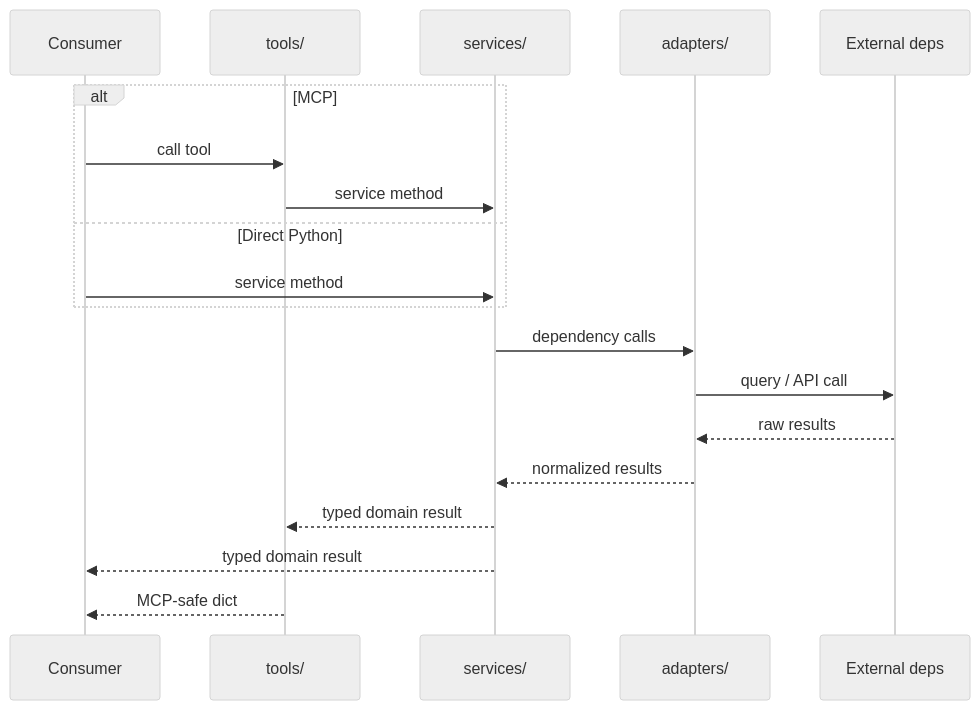
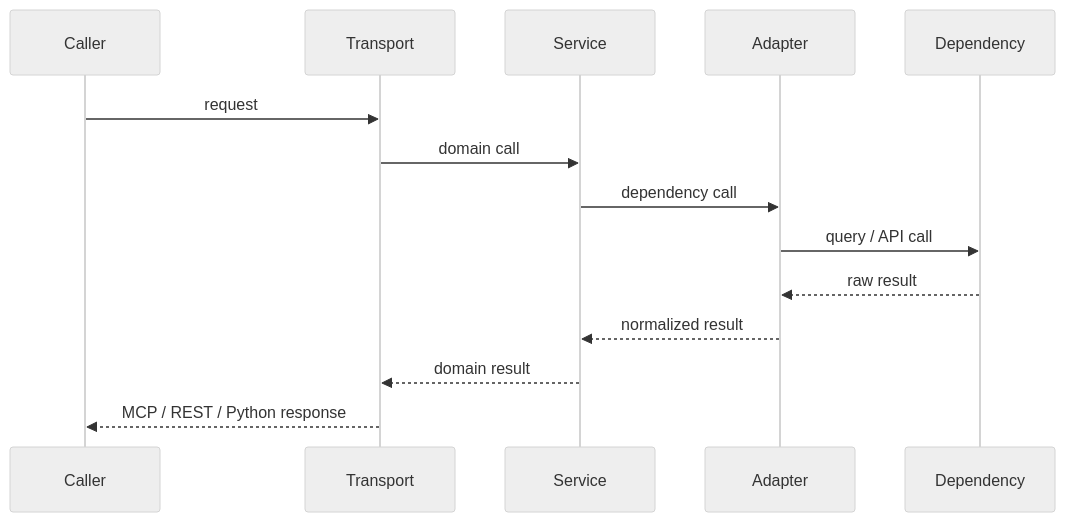
One commit to AustralianCancerDataNetwork/groundworkers changed the second of 2 diagrams in docs/architecture.md. Above: the diagram before and after it, drawn with Mermaid (neutral theme). The commit also changed other lines of this file and 85 other files, not shown here.

````diff
--- a/docs/architecture.md
+++ b/docs/architecture.md
@@ -97,22 +118,17 @@
 ```mermaid
 sequenceDiagram
-    participant C as Consumer
-    participant T as tools/
-    participant S as services/
-    participant A as adapters/
-    participant D as External deps
+    participant C as Caller
+    participant T as Transport
+    participant S as Service
+    participant A as Adapter
+    participant D as Dependency
 
-    alt MCP
-        C->>T: call tool
-        T->>S: service method
-    else Direct Python
-        C->>S: service method
-    end
-    S->>A: dependency calls
+    C->>T: request
+    T->>S: domain call
+    S->>A: dependency call
     A->>D: query / API call
-    D-->>A: raw results
-    A-->>S: normalized results
-    S-->>T: typed domain result
-    S-->>C: typed domain result
-    T-->>C: MCP-safe dict
+    D-->>A: raw result
+    A-->>S: normalized result
+    S-->>T: domain result
+    T-->>C: MCP / REST / Python response
 ```
````
